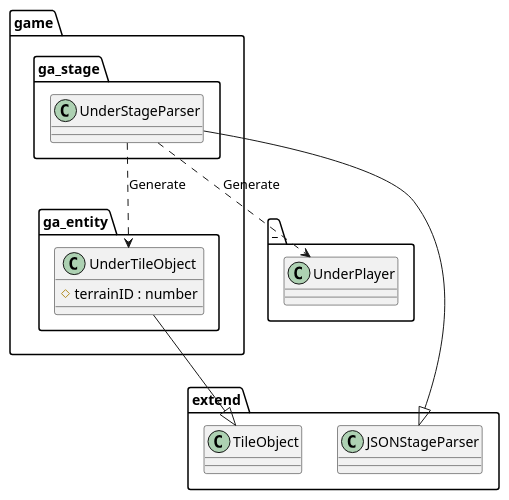
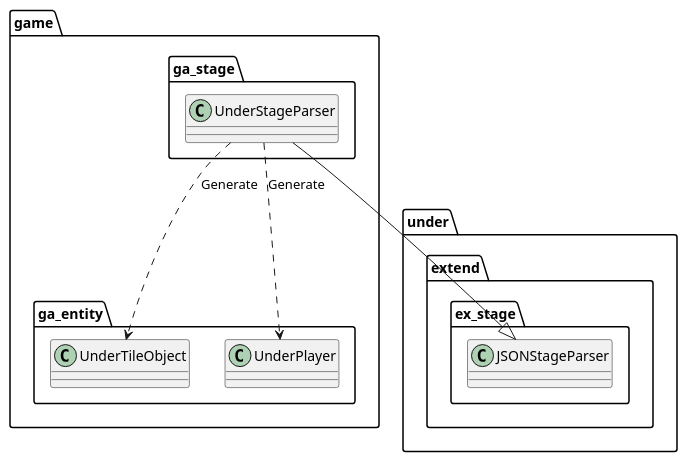
Before and after one commit to Expine/Under: the diagram in uml/stage/Game.wsd, drawn with PlantUML. The commit also changed 20 other files, not shown here.

Commit message:
Update UML

```diff
--- a/uml/stage/Game.wsd
+++ b/uml/stage/Game.wsd
@@ -1,29 +1,29 @@
 @startuml StageGame
 
 package game {
     package ga_stage {
         class UnderStageParser
     }
+}
+
+package game {
     package ga_entity {
-        class UnderTileObject {
-            #terrainID : number
-        }
+        class UnderTileObject
+        class UnderPlayer
     }
 }
 
-package _ {
-    class UnderPlayer
-}
-
-package extend {
-    class JSONStageParser
-    class TileObject
+package under {
+    package extend {
+        package ex_stage {
+            class JSONStageParser
+        }
+    }
 }
 
 UnderStageParser ..> UnderTileObject : Generate
 UnderStageParser ..> UnderPlayer : Generate
 
 UnderStageParser --|> JSONStageParser
-UnderTileObject --|> TileObject
 
 @enduml
```
